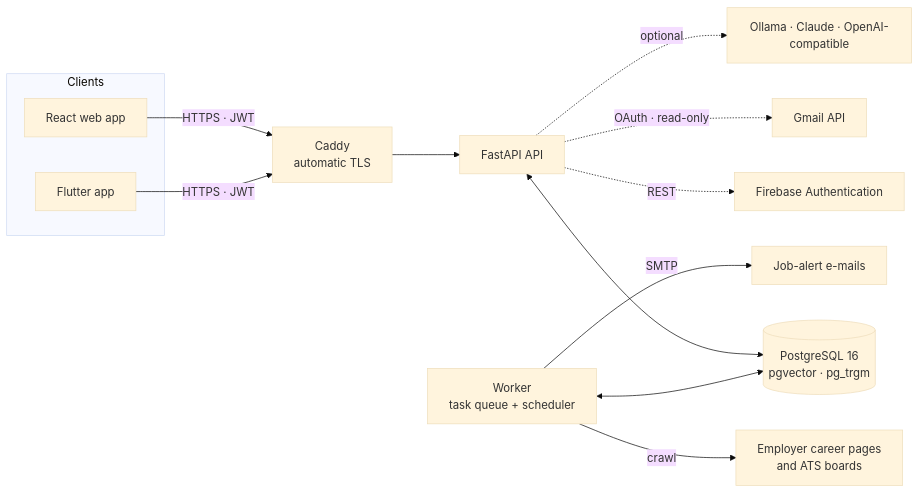
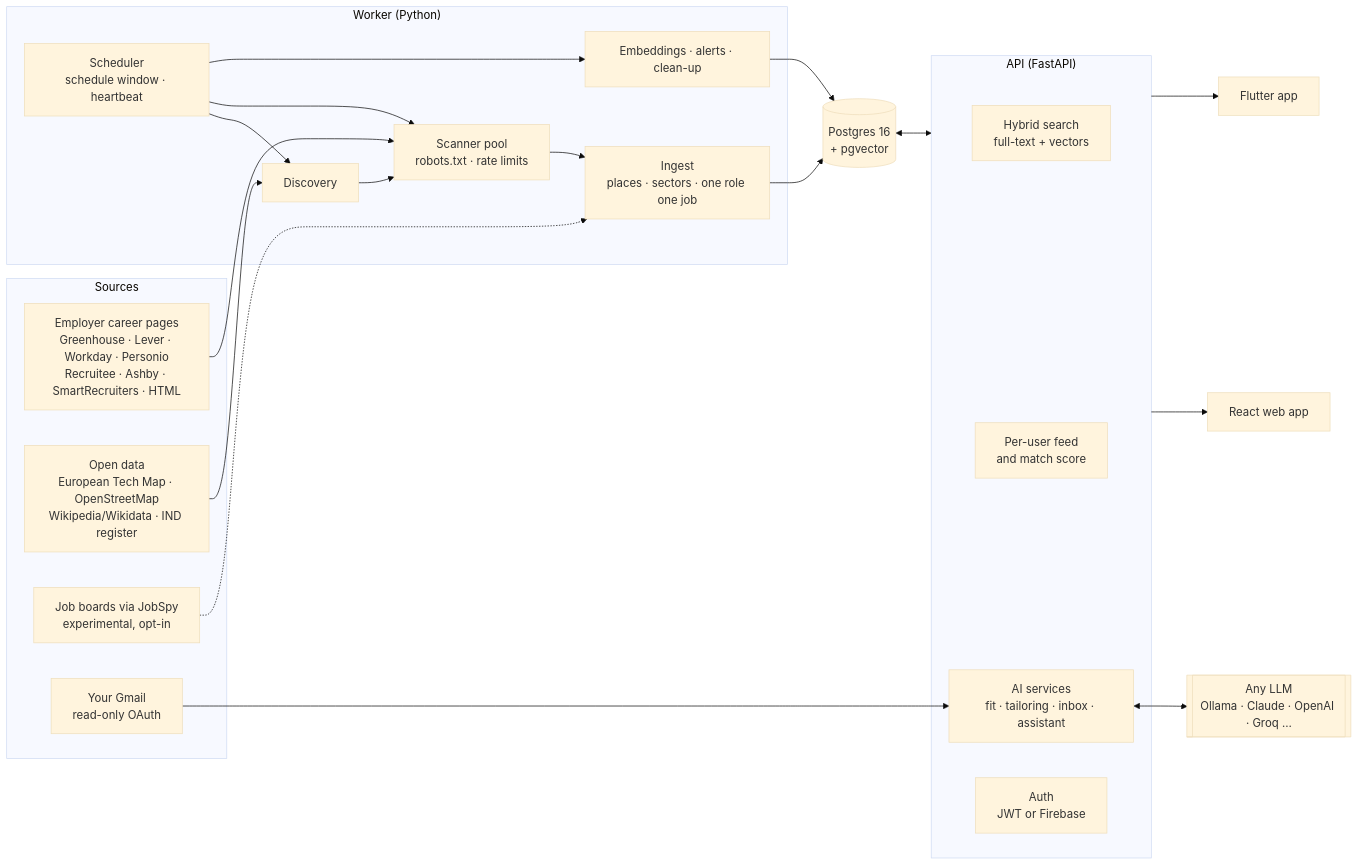
Before and after one commit to emelian-chkaira/ai-career-tracker: the first of 2 diagrams in README.md, drawn with Mermaid (base theme). The commit also changed other lines of this file and 35 other files, not shown here.

````diff
--- a/README.md
+++ b/README.md
@@ -134,16 +112,36 @@
 ```mermaid
 flowchart LR
-  subgraph Clients
-    W[React web app]
-    M[Flutter app]
+  subgraph Sources
+    S1[Employer career pages<br/>Greenhouse · Lever · Workday · Personio<br/>Recruitee · Ashby · SmartRecruiters · HTML]
+    S2[Open data<br/>European Tech Map · OpenStreetMap<br/>Wikipedia/Wikidata · IND register]
+    S3[Job boards via JobSpy<br/>experimental, opt-in]
+    S4[Your Gmail<br/>read-only OAuth]
   end
-  W & M -->|HTTPS · JWT| C[Caddy<br/>automatic TLS]
-  C --> A[FastAPI API]
-  A <--> DB[(PostgreSQL 16<br/>pgvector · pg_trgm)]
-  A -.->|REST| F[Firebase Authentication]
-  A -.->|OAuth · read-only| G[Gmail API]
-  A -.->|optional| AI[Ollama · Claude · OpenAI-compatible]
-  WK[Worker<br/>task queue + scheduler] <--> DB
-  WK -->|crawl| E[Employer career pages<br/>and ATS boards]
-  WK -->|SMTP| ML[Job-alert e-mails]
+  subgraph Worker["Worker (Python)"]
+    W1[Scheduler<br/>schedule window · heartbeat]
+    W2[Discovery]
+    W3[Scanner pool<br/>robots.txt · rate limits]
+    W4[Ingest<br/>places · sectors · one role one job]
+    W5[Embeddings · alerts · clean-up]
+  end
+  DB[(Postgres 16<br/>+ pgvector)]
+  subgraph API["API (FastAPI)"]
+    A1[Hybrid search<br/>full-text + vectors]
+    A2[Per-user feed<br/>and match score]
+    A3[AI services<br/>fit · tailoring · inbox · assistant]
+    A4[Auth<br/>JWT or Firebase]
+  end
+  LLM[[Any LLM<br/>Ollama · Claude · OpenAI · Groq …]]
+  WEB[React web app]
+  MOB[Flutter app]
+  S1 --> W3
+  S2 --> W2 --> W3
+  S3 -.-> W4
+  W3 --> W4 --> DB
+  W1 --> W2 & W3 & W5
+  W5 --> DB
+  S4 --> A3
+  DB <--> API
+  A3 <--> LLM
+  API --> WEB & MOB
 ```
````
